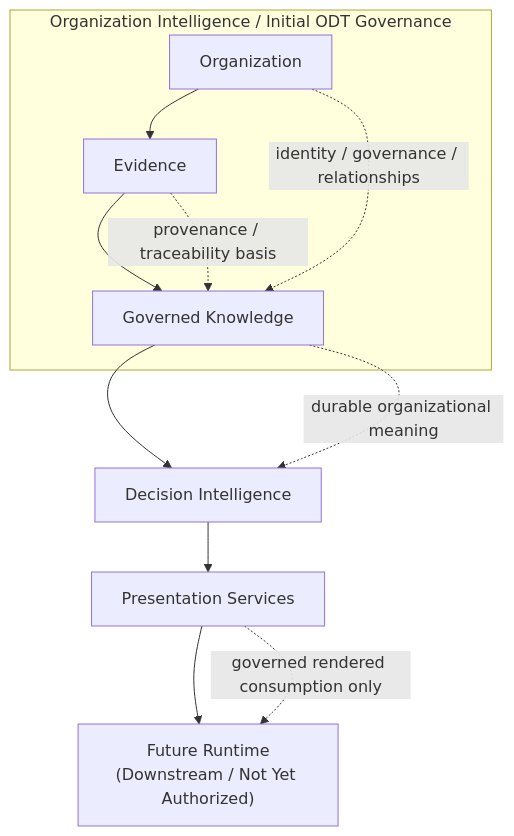
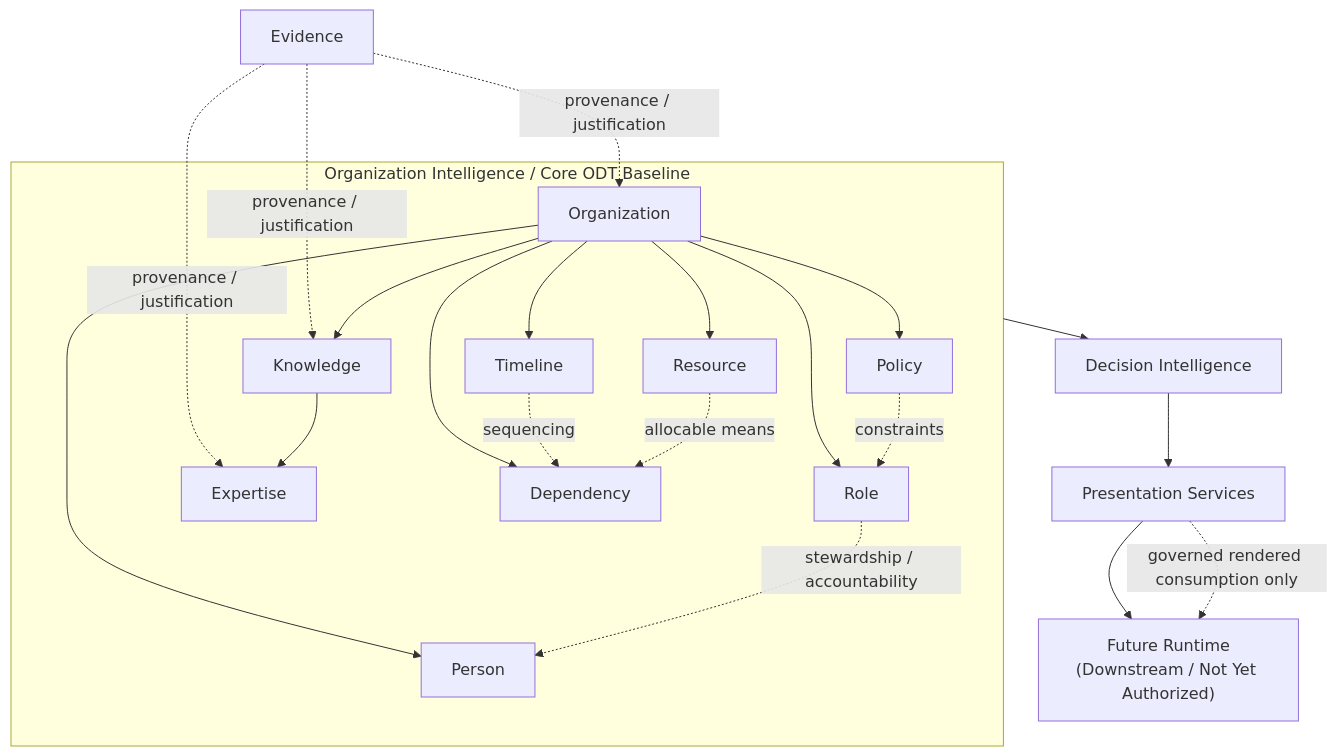
Before and after one commit to shawnfoster/AXI-Platform: the diagram in Governance/Publications/Diagrams/DGM-008_Organization_Intelligence_ODT_Foundation_Map.md, drawn with Mermaid. The commit also changed other lines of this file and 21 other files, not shown here.

Commit message:
AI-054: complete M22 ODT schema baseline

````diff
--- a/Governance/Publications/Diagrams/DGM-008_Organization_Intelligence_ODT_Foundation_Map.md
+++ b/Governance/Publications/Diagrams/DGM-008_Organization_Intelligence_ODT_Foundation_Map.md
@@ -30,16 +31,36 @@
 ```mermaid
 flowchart TD
-    subgraph OI["Organization Intelligence / Initial ODT Governance"]
-        ORG["Organization"] --> EVI["Evidence"]
-        EVI --> KNO["Governed Knowledge"]
+    subgraph OI["Organization Intelligence / Core ODT Baseline"]
+        ORG["Organization"]
+        PER["Person"]
+        ROLE["Role"]
+        KNO["Knowledge"]
+        EXP["Expertise"]
+        POL["Policy"]
+        TIM["Timeline"]
+        RES["Resource"]
+        DEP["Dependency"]
     end
 
-    KNO --> DI["Decision Intelligence"]
+    EVI["Evidence"] -. provenance / justification .-> ORG
+    EVI -. provenance / justification .-> KNO
+    EVI -. provenance / justification .-> EXP
+
+    ORG --> PER
+    ORG --> ROLE
+    ORG --> KNO
+    ORG --> POL
+    ORG --> TIM
+    ORG --> RES
+    ORG --> DEP
+    KNO --> EXP
+    ROLE -. stewardship / accountability .-> PER
+    POL -. constraints .-> ROLE
+    TIM -. sequencing .-> DEP
+    RES -. allocable means .-> DEP
+
+    OI --> DI["Decision Intelligence"]
     DI --> PS["Presentation Services"]
     PS --> FR["Future Runtime<br/>(Downstream / Not Yet Authorized)"]
-
-    ORG -. identity / governance / relationships .-> KNO
-    EVI -. provenance / traceability basis .-> KNO
-    KNO -. durable organizational meaning .-> DI
     PS -. governed rendered consumption only .-> FR
 ```
````
